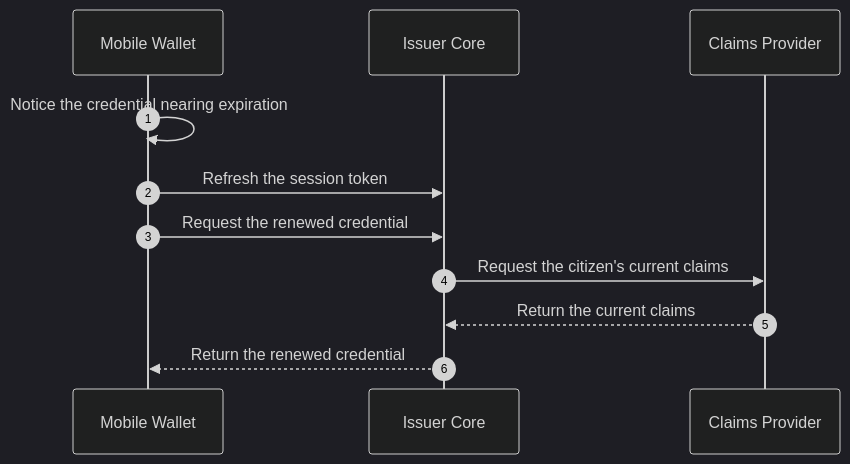
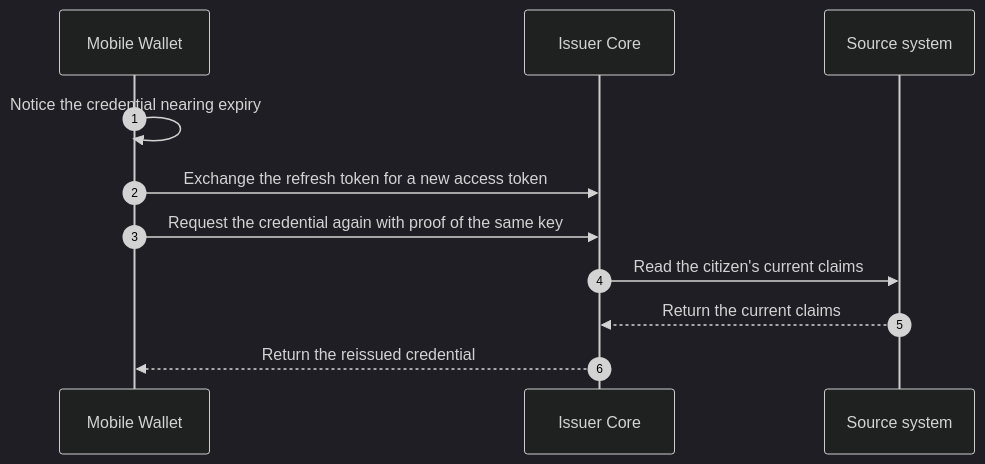
Before and after one commit to id-verifiable-credential-dev/id-doc-idctf: diagram 13 of 14 in docs/architecture-framework/high-level-architecture/flows-per-use-case.md, drawn with Mermaid (dark theme). The commit also changed other lines of this file and 87 other files, not shown here.

````diff
--- a/docs/architecture-framework/high-level-architecture/flows-per-use-case.md
+++ b/docs/architecture-framework/high-level-architecture/flows-per-use-case.md
@@ -857,13 +1012,13 @@
 ```mermaid
 sequenceDiagram
     autonumber
     participant MW as Mobile Wallet
     participant IC as Issuer Core
-    participant CP as Claims Provider
-    MW->>MW: Notice the credential nearing expiration
-    MW->>IC: Refresh the session token
-    MW->>IC: Request the renewed credential
-    IC->>CP: Request the citizen's current claims
-    CP-->>IC: Return the current claims
-    IC-->>MW: Return the renewed credential
+    participant SS as Source system
+    MW->>MW: Notice the credential nearing expiry
+    MW->>IC: Exchange the refresh token for a new access token
+    MW->>IC: Request the credential again with proof of the same key
+    IC->>SS: Read the citizen's current claims
+    SS-->>IC: Return the current claims
+    IC-->>MW: Return the reissued credential
 ```
````
